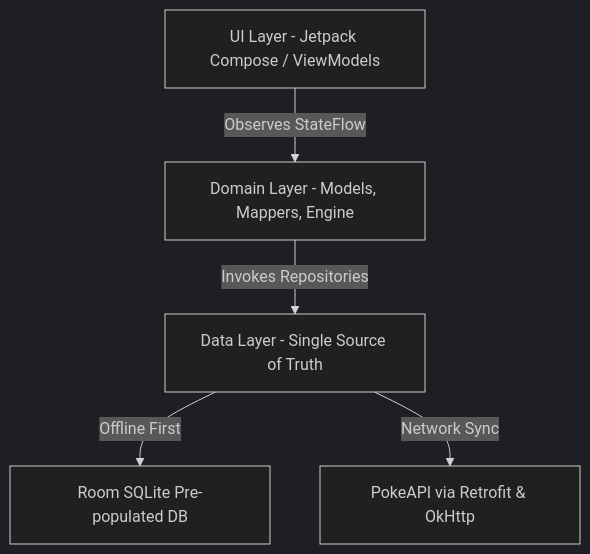
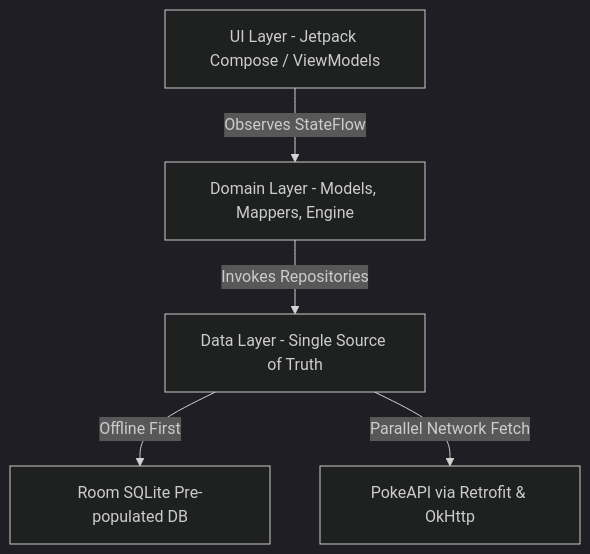
The diagram in README.md (sumitraj-saroj/pokedex), drawn with Mermaid (dark theme) before and after one commit. The commit also changed other lines of this file, not shown here.

Commit message:
docs: update README.md with 120fps performance optimizations, parallel coroutines, and layout features

````diff
--- a/README.md
+++ b/README.md
@@ -52,7 +57,7 @@
 ```mermaid
 graph TD
     A[UI Layer - Jetpack Compose / ViewModels] -->|Observes StateFlow| B[Domain Layer - Models, Mappers, Engine]
     B -->|Invokes Repositories| C[Data Layer - Single Source of Truth]
     C -->|Offline First| D[Room SQLite Pre-populated DB]
-    C -->|Network Sync| E[PokeAPI via Retrofit & OkHttp]
+    C -->|Parallel Network Fetch| E[PokeAPI via Retrofit & OkHttp]
 ```
````
